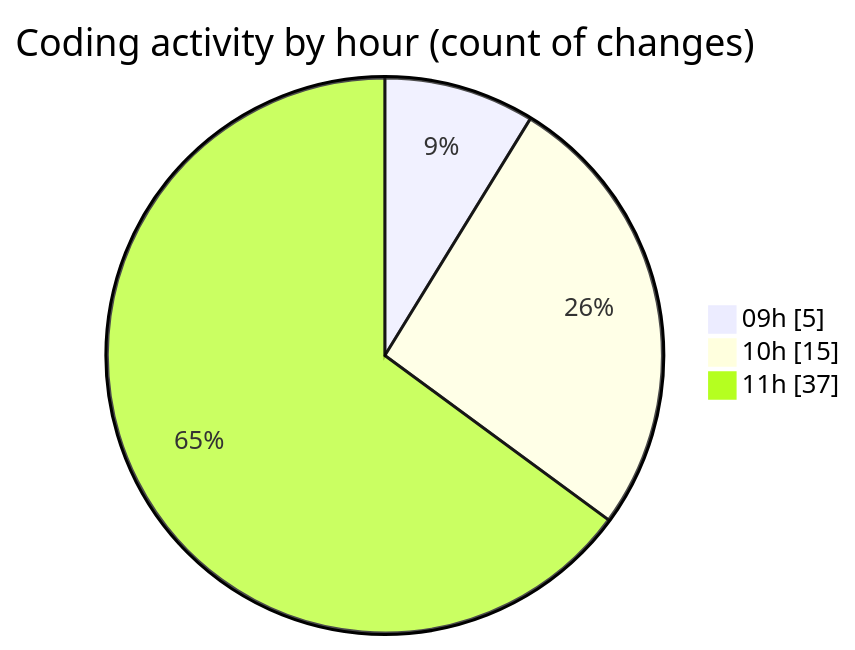
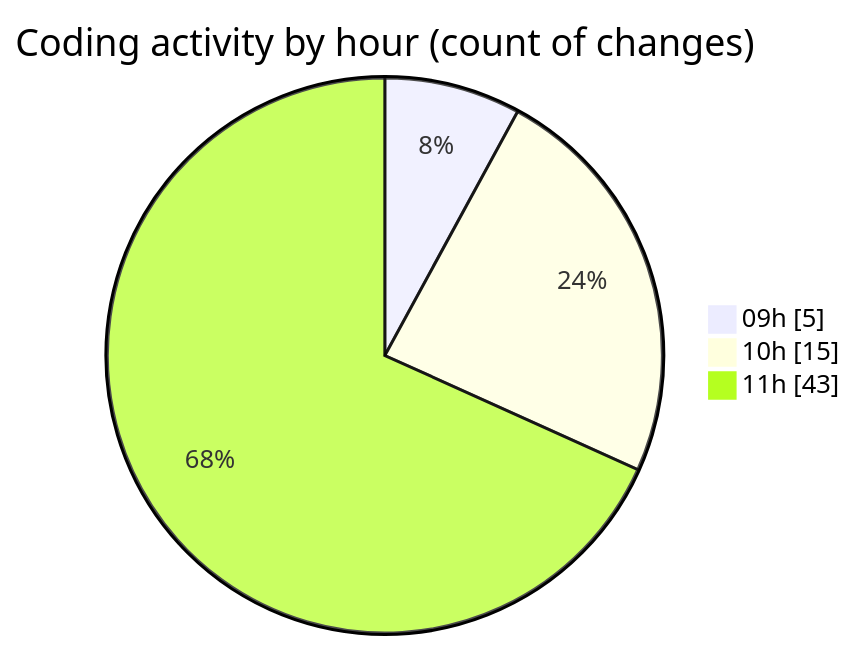
The second of 2 diagrams in 2025-06-13/ecodeli-1/README.md (CELIANVF/code-tracking), drawn with Mermaid before and after one commit. The commit also changed other lines of this file and 1 other file, not shown here.

````diff
--- a/2025-06-13/ecodeli-1/README.md
+++ b/2025-06-13/ecodeli-1/README.md
@@ -41,7 +45,7 @@
 ```mermaid
 pie showData
 title Coding activity by hour (count of changes)
 "09h" : 5
 "10h" : 15
-"11h" : 37
+"11h" : 43
 ```
````
